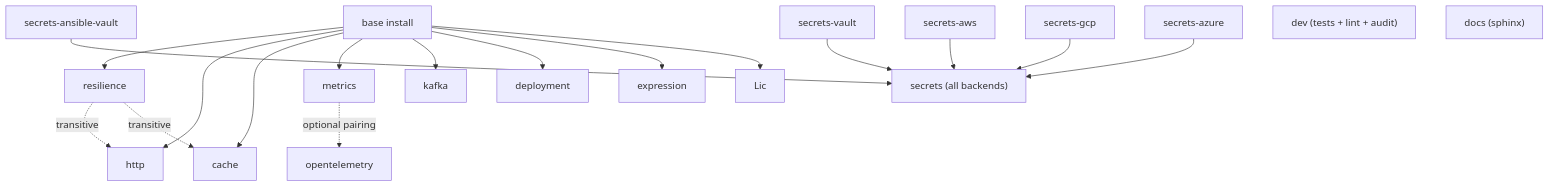
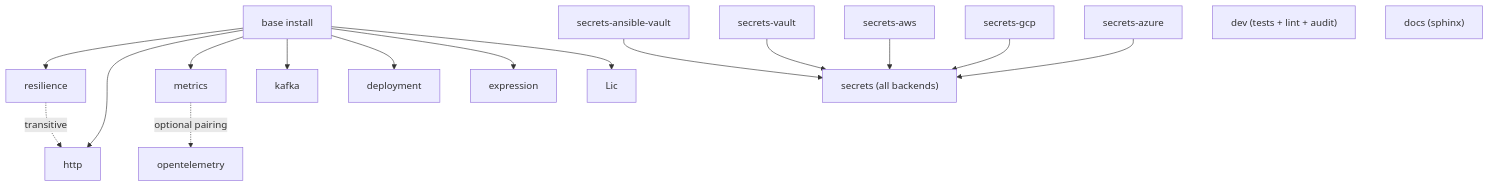
One commit to hyperi-io/scalo-py changed the diagram in docs/EXTRAS-FLAGS.md. Above: the diagram before and after it, drawn with Mermaid. The commit also changed other lines of this file and 26 other files, not shown here.

````diff
--- a/docs/EXTRAS-FLAGS.md
+++ b/docs/EXTRAS-FLAGS.md
@@ -47,40 +47,37 @@
 ```mermaid
 flowchart TB
     Base["base install"]
     Resil["resilience"]
     HTTP["http"]
-    Cache["cache"]
     Metrics["metrics"]
     OTel["opentelemetry"]
     Kafka["kafka"]
     Expr["expression"]
     Deploy["deployment"]
     SAV["secrets-ansible-vault"]
     SV["secrets-vault"]
     SA["secrets-aws"]
     SG["secrets-gcp"]
     SAz["secrets-azure"]
     SAll["secrets (all backends)"]
     Dev["dev (tests + lint + audit)"]
     Docs["docs (sphinx)"]
 
     Base --> Resil
     Base --> HTTP
-    Base --> Cache
     Base --> Metrics
     Base --> Kafka
     Base --> Deploy
     Base --> Expr
     Base --> Lic
 
     Resil -.transitive.-> HTTP
-    Resil -.transitive.-> Cache
 
     Metrics -.optional pairing.-> OTel
 
     SAV --> SAll
     SV --> SAll
     SA --> SAll
     SG --> SAll
     SAz --> SAll
 ```
````
